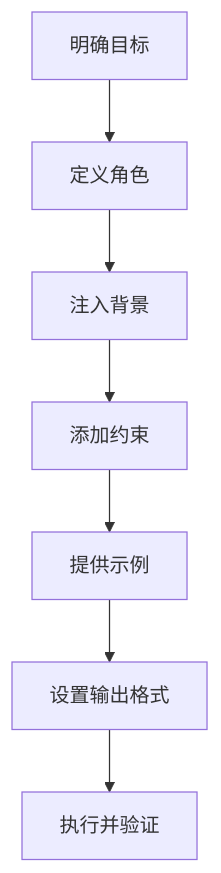
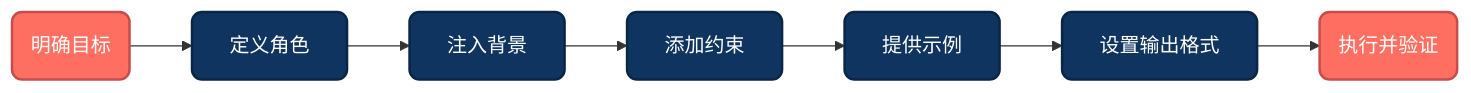
Before and after one commit to microwind/ai-prompt: the first of 2 diagrams in programmer_prompt_engineering_guide.md, drawn with Mermaid. The commit also changed other lines of this file and 1 other file, not shown here.

````diff
--- a/programmer_prompt_engineering_guide.md
+++ b/programmer_prompt_engineering_guide.md
@@ -554,9 +554,17 @@
 ```mermaid
-flowchart TD
-    A[明确目标] --> B[定义角色]
+flowchart LR
+    A(明确目标) --> B[定义角色]
     B --> C[注入背景]
     C --> D[添加约束]
     D --> E[提供示例]
     E --> F[设置输出格式]
-    F --> G[执行并验证]
+    F --> G(执行并验证)
+
+    %% 样式定义
+    classDef endNodes fill:#ff6f61,color:#fff,stroke:#c94c4c,stroke-width:2px,rx:8,ry:8;
+		classDef middleNodes fill:#0f3460,color:#fff,stroke:#0a2647,stroke-width:2px,rx:8,ry:8;
+
+    %% 应用样式
+    class A,G endNodes;
+    class B,C,D,E,F middleNodes;
 ```
````
